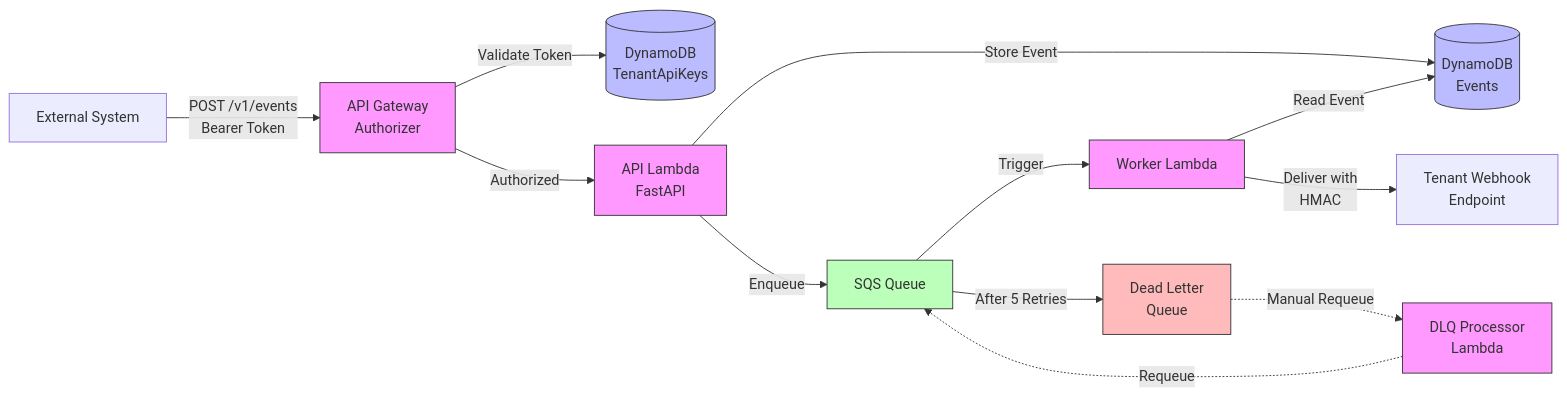
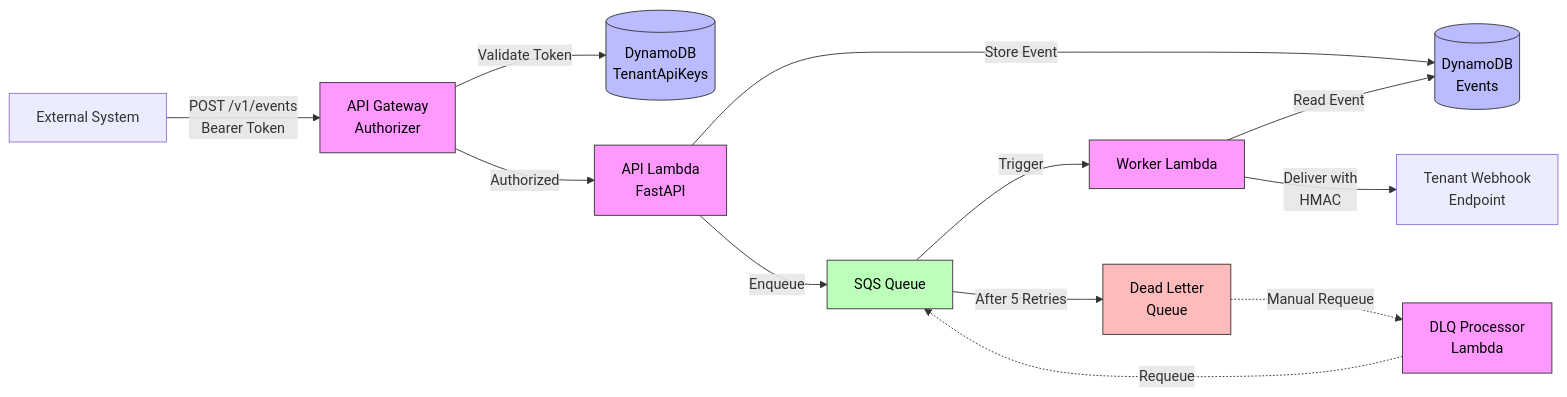
The first of 4 diagrams in README.md (lousydropout/webhook-delivery), drawn with Mermaid before and after one commit.

Commit message:
update mermaid diagram

````diff
--- a/README.md
+++ b/README.md
@@ -29,23 +29,23 @@
 ```mermaid
 graph LR
     A[External System] -->|POST /v1/events<br/>Bearer Token| B[API Gateway<br/>Authorizer]
     B -->|Validate Token| C[(DynamoDB<br/>TenantApiKeys)]
     B -->|Authorized| D[API Lambda<br/>FastAPI]
     D -->|Store Event| E[(DynamoDB<br/>Events)]
     D -->|Enqueue| F[SQS Queue]
     F -->|Trigger| G[Worker Lambda]
     G -->|Read Event| E
     G -->|Deliver with<br/>HMAC| H[Tenant Webhook<br/>Endpoint]
     F -->|After 5 Retries| I[Dead Letter<br/>Queue]
     I -.->|Manual Requeue| J[DLQ Processor<br/>Lambda]
     J -.->|Requeue| F
 
-    style B fill:#f9f,stroke:#333
-    style D fill:#f9f,stroke:#333
-    style G fill:#f9f,stroke:#333
-    style J fill:#f9f,stroke:#333
-    style C fill:#bbf,stroke:#333
-    style E fill:#bbf,stroke:#333
-    style F fill:#bfb,stroke:#333
-    style I fill:#fbb,stroke:#333
+    style B fill:#f9f,stroke:#333,color:#000
+    style D fill:#f9f,stroke:#333,color:#000
+    style G fill:#f9f,stroke:#333,color:#000
+    style J fill:#f9f,stroke:#333,color:#000
+    style C fill:#bbf,stroke:#333,color:#000
+    style E fill:#bbf,stroke:#333,color:#000
+    style F fill:#bfb,stroke:#333,color:#000
+    style I fill:#fbb,stroke:#333,color:#000
 ```
````
